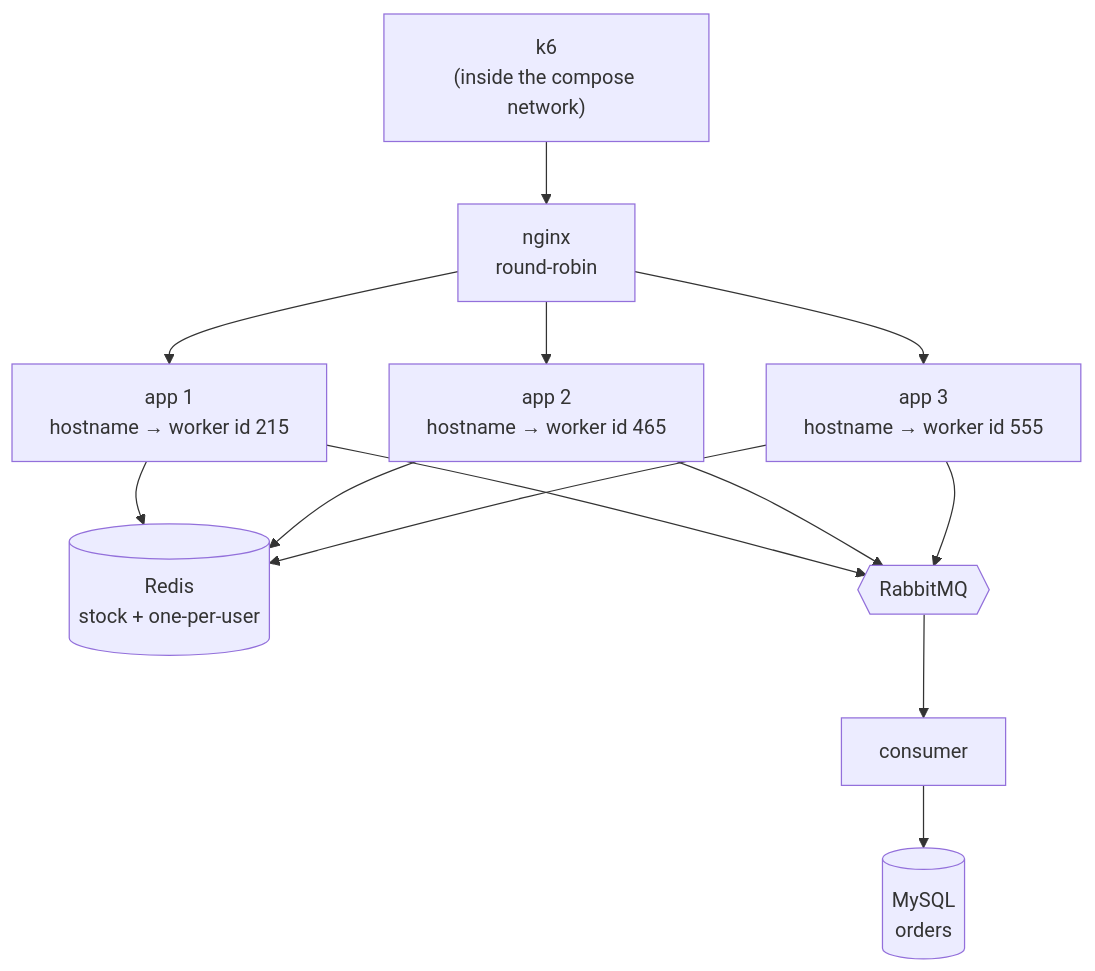
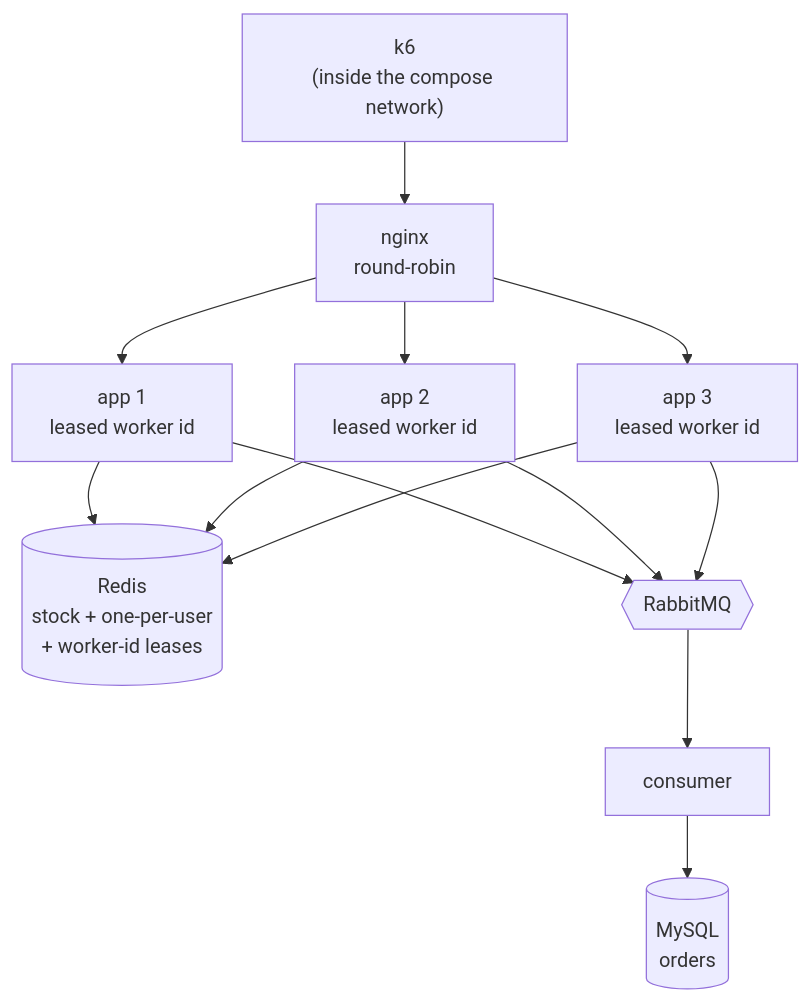
The second of 2 diagrams in README.md (LijuanTang94/flashdeal), drawn with Mermaid before and after one commit. The commit also changed other lines of this file and 9 other files, not shown here.

First line of the commit message:
Lease Snowflake worker ids in Redis so replicas cannot collide

````diff
--- a/README.md
+++ b/README.md
@@ -87,11 +90,11 @@
 ```mermaid
 flowchart TD
     K6["k6<br/>(inside the compose network)"] --> NG["nginx<br/>round-robin"]
-    NG --> A1["app 1<br/>hostname → worker id 215"]
-    NG --> A2["app 2<br/>hostname → worker id 465"]
-    NG --> A3["app 3<br/>hostname → worker id 555"]
-    A1 & A2 & A3 --> RD[("Redis<br/>stock + one-per-user")]
+    NG --> A1["app 1<br/>leased worker id"]
+    NG --> A2["app 2<br/>leased worker id"]
+    NG --> A3["app 3<br/>leased worker id"]
+    A1 & A2 & A3 --> RD[("Redis<br/>stock + one-per-user<br/>+ worker-id leases")]
     A1 & A2 & A3 --> MQ{{"RabbitMQ"}}
     MQ --> CN["consumer"]
     CN --> DB[("MySQL<br/>orders")]
 ```
````
